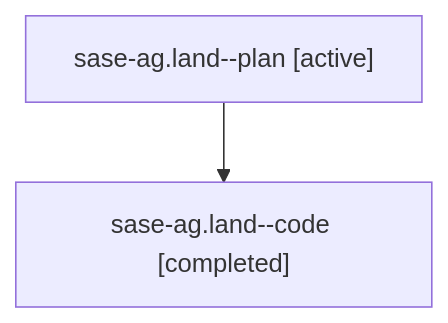
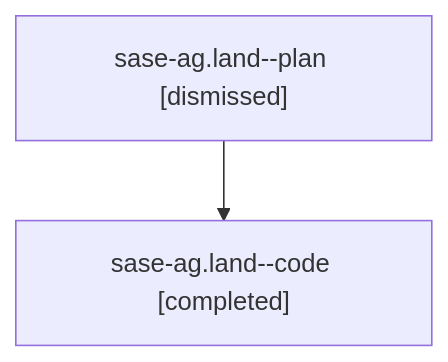
The diagram in sessions/bbugyi200.athena.sase-ag.land.md (sase-org/sase--agents), drawn with Mermaid before and after one commit. The commit also changed other lines of this file and 92 other files, not shown here.

````diff
--- a/sessions/bbugyi200.athena.sase-ag.land.md
+++ b/sessions/bbugyi200.athena.sase-ag.land.md
@@ -9,6 +9,6 @@
 ```mermaid
 flowchart TD
-  n0["sase-ag.land--plan [active]"]
+  n0["sase-ag.land--plan [dismissed]"]
   n1["sase-ag.land--code [completed]"]
   n0 --> n1
 ```
````
